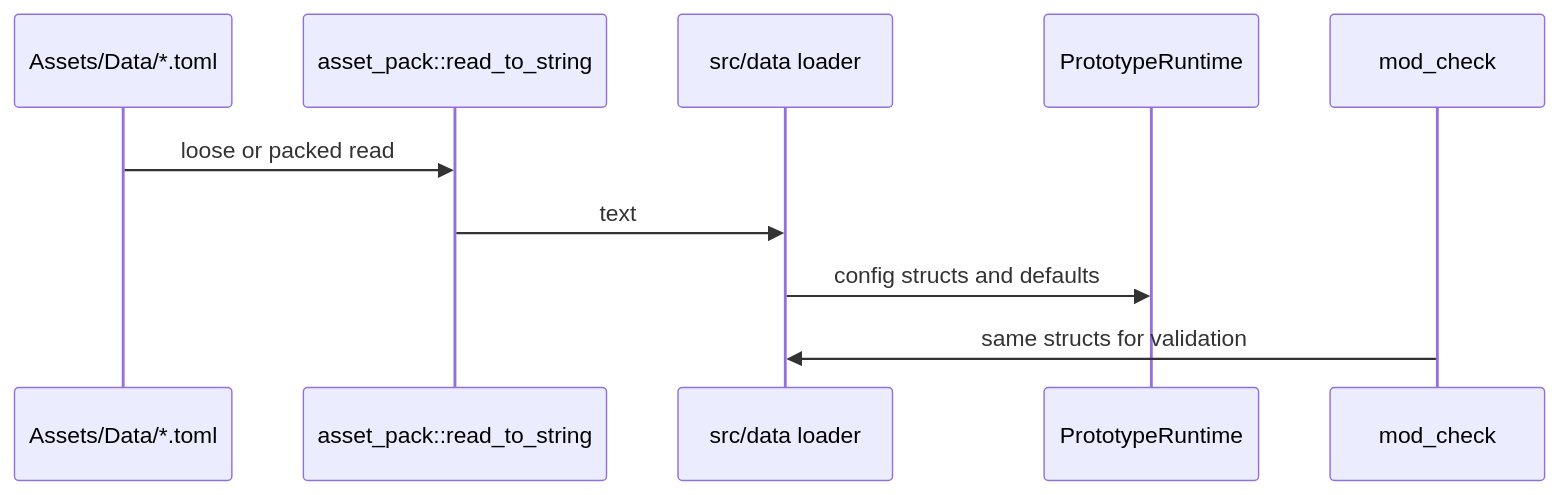
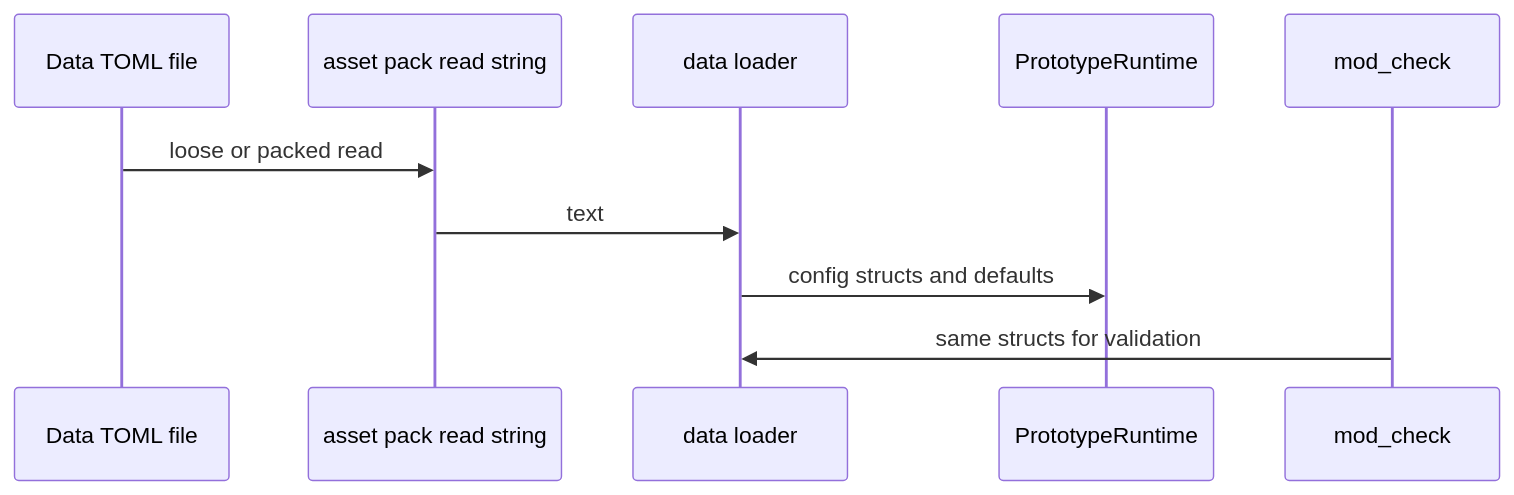
Before and after one commit to soulwax/EchoWiki: the second of 6 diagrams in src/content/docs/pages/architecture/data-and-modding-flow.md, drawn with Mermaid. The commit also changed 28 other files, not shown here.

Commit message:
docs: deepen architecture wiki and automate audits

````diff
--- a/src/content/docs/pages/architecture/data-and-modding-flow.md
+++ b/src/content/docs/pages/architecture/data-and-modding-flow.md
@@ -38,13 +38,13 @@
 ```mermaid
 sequenceDiagram
-    participant File as Assets/Data/*.toml
-    participant Pack as asset_pack::read_to_string
-    participant Loader as src/data loader
+    participant File as Data TOML file
+    participant Pack as asset pack read string
+    participant Loader as data loader
     participant Runtime as PrototypeRuntime
     participant Tool as mod_check
 
     File->>Pack: loose or packed read
     Pack->>Loader: text
     Loader->>Runtime: config structs and defaults
     Tool->>Loader: same structs for validation
 ```
````
